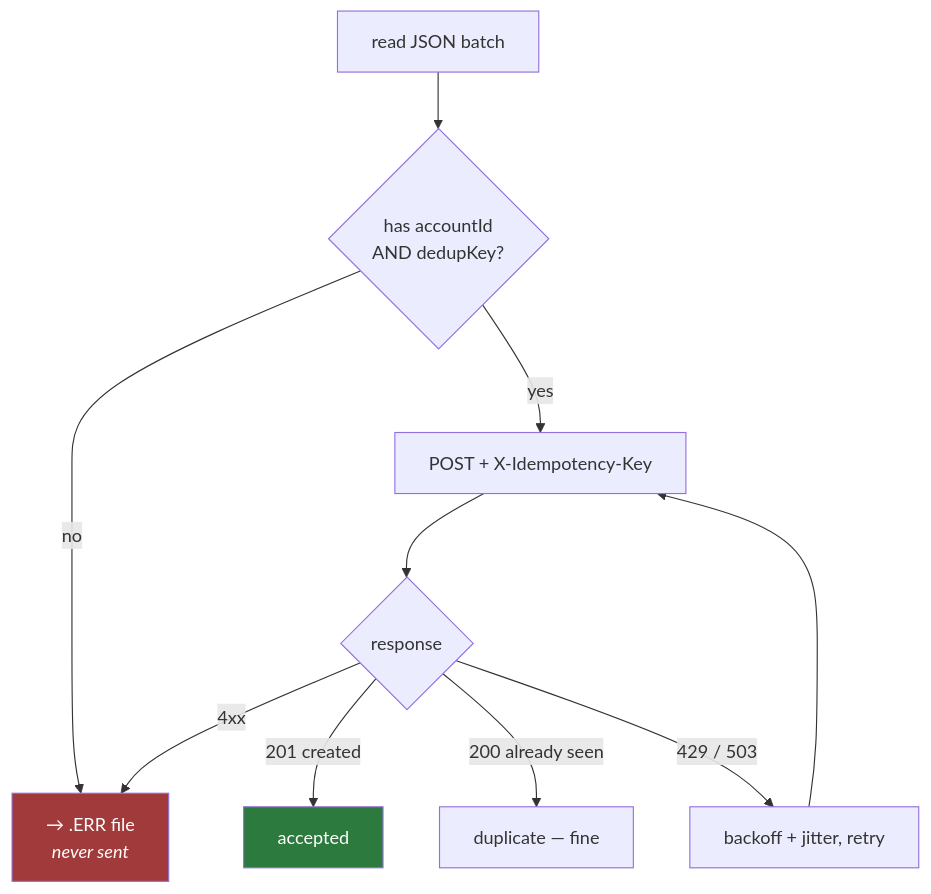
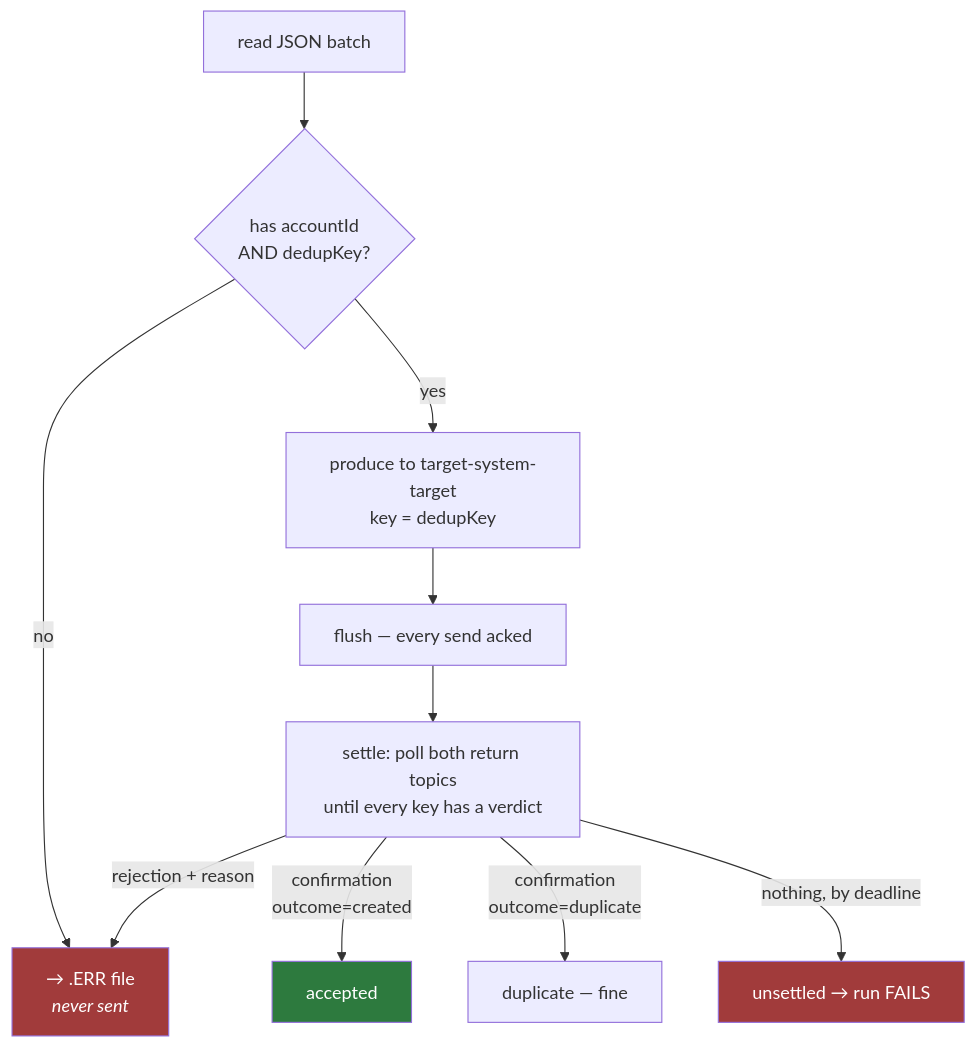
The third of 3 diagrams in apps/README.md (adrian-balaban/test-gcp-dataflow-dataform-cloud-composer), drawn with Mermaid before and after one commit. The commit also changed other lines of this file and 49 other files, not shown here.

````diff
--- a/apps/README.md
+++ b/apps/README.md
@@ -99,14 +106,15 @@
 ```mermaid
 flowchart TD
     A["read JSON batch"] --> B{"has accountId<br/>AND dedupKey?"}
     B -->|no| ERR["→ .ERR file<br/><i>never sent</i>"]
-    B -->|yes| C["POST + X-Idempotency-Key"]
-    C --> D{response}
-    D -->|201 created| OK["accepted"]
-    D -->|200 already seen| DUP["duplicate — fine"]
-    D -->|429 / 503| E["backoff + jitter, retry"]
-    E --> C
-    D -->|4xx| ERR
+    B -->|yes| P["produce to target-system-target<br/>key = dedupKey"]
+    P --> F["flush — every send acked"]
+    F --> S["settle: poll both return topics<br/>until every key has a verdict"]
+    S -->|"confirmation<br/>outcome=created"| OK["accepted"]
+    S -->|"confirmation<br/>outcome=duplicate"| DUP["duplicate — fine"]
+    S -->|"rejection + reason"| ERR
+    S -->|"nothing, by deadline"| UN["unsettled → run FAILS"]
     style ERR fill:#a13b3b,color:#fff
+    style UN fill:#a13b3b,color:#fff
     style OK fill:#2d7a3e,color:#fff
 ```
````
